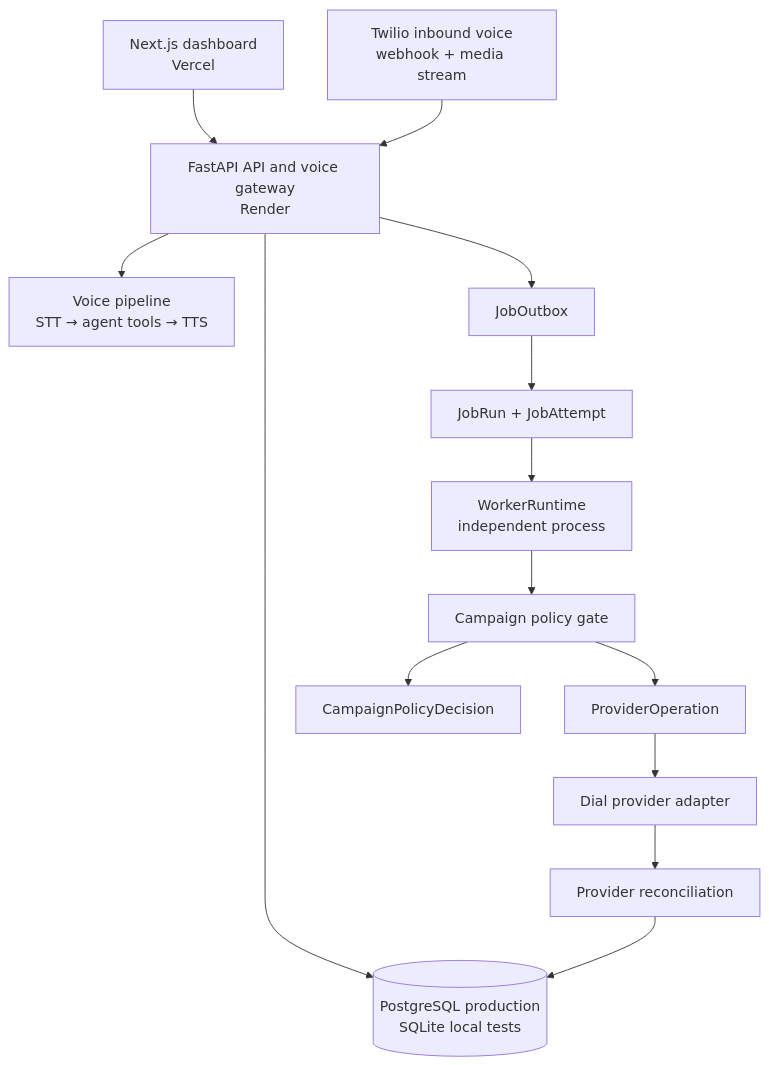
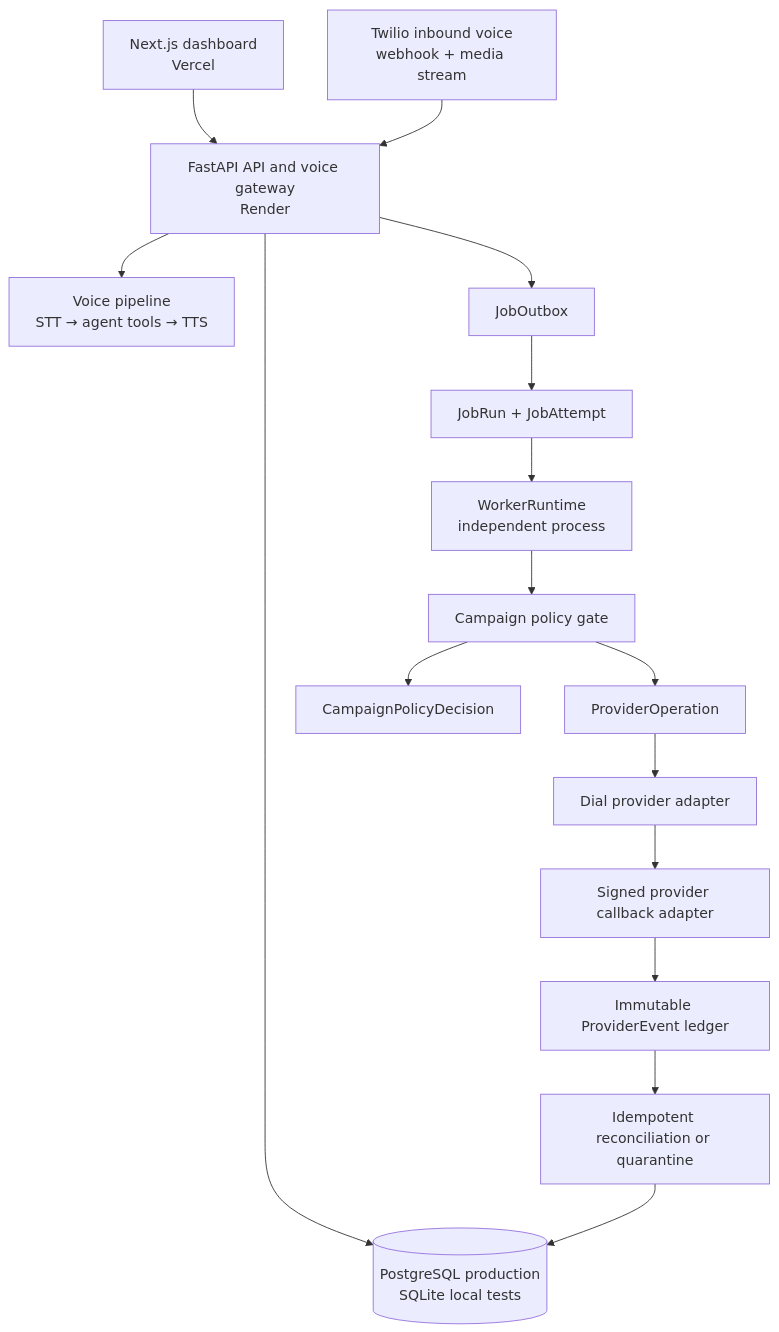
Before and after one commit to jeevesh2515/voxflow-voice-agent: the first of 2 diagrams in ARCHITECTURE.md, drawn with Mermaid. The commit also changed other lines of this file and 20 other files, not shown here.

Commit message:
feat: add signed provider callback lifecycle

````diff
--- a/ARCHITECTURE.md
+++ b/ARCHITECTURE.md
@@ -11,16 +11,18 @@
 ```mermaid
 flowchart TB
     Browser[Next.js dashboard\nVercel] --> API
     Twilio[Twilio inbound voice\nwebhook + media stream] --> API[FastAPI API and voice gateway\nRender]
     API --> Voice[Voice pipeline\nSTT → agent tools → TTS]
     API --> DB[(PostgreSQL production\nSQLite local tests)]
     API --> Outbox[JobOutbox]
     Outbox --> Ledger[JobRun + JobAttempt]
     Ledger --> Worker[WorkerRuntime\nindependent process]
     Worker --> Gate[Campaign policy gate]
     Gate --> Audit[CampaignPolicyDecision]
     Gate --> ProviderOp[ProviderOperation]
     ProviderOp --> Dial[Dial provider adapter]
-    Dial --> Recon[Provider reconciliation]
+    Dial --> Callback[Signed provider callback adapter]
+    Callback --> Events[Immutable ProviderEvent ledger]
+    Events --> Recon[Idempotent reconciliation or quarantine]
     Recon --> DB
 ```
````
